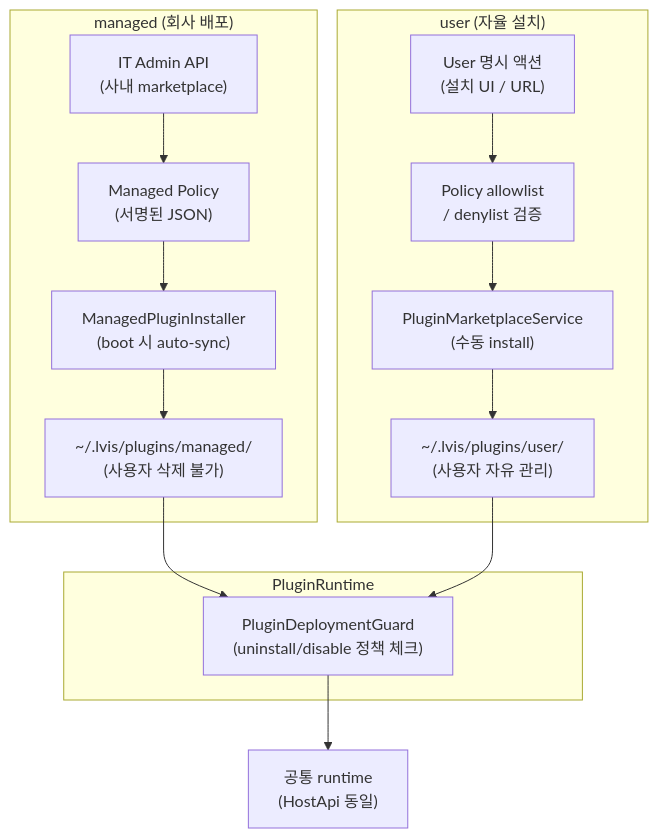
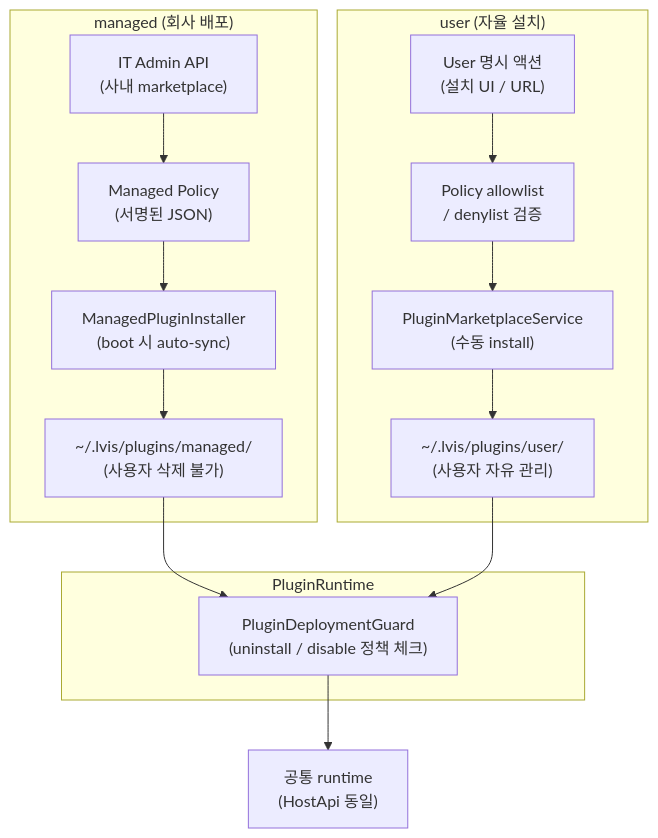
Before and after one commit to lvis-project/lvis-app: diagram 33 of 44 in docs/architecture/architecture.md, drawn with Mermaid. The commit also changed other lines of this file and 10 other files, not shown here.

````diff
--- a/docs/architecture/architecture.md
+++ b/docs/architecture/architecture.md
@@ -2024,26 +2068,26 @@
 ```mermaid
 graph TB
     subgraph "managed (회사 배포)"
         M1["IT Admin API<br/>(사내 marketplace)"]
         M2["Managed Policy<br/>(서명된 JSON)"]
         M3["ManagedPluginInstaller<br/>(boot 시 auto-sync)"]
         M4["~/.lvis/plugins/managed/<br/>(사용자 삭제 불가)"]
         M1 --> M2 --> M3 --> M4
     end
 
     subgraph "user (자율 설치)"
         U1["User 명시 액션<br/>(설치 UI / URL)"]
         U2["Policy allowlist<br/>/ denylist 검증"]
         U3["PluginMarketplaceService<br/>(수동 install)"]
         U4["~/.lvis/plugins/user/<br/>(사용자 자유 관리)"]
         U1 --> U2 --> U3 --> U4
     end
 
     subgraph "PluginRuntime"
-        GUARD["PluginDeploymentGuard<br/>(uninstall/disable 정책 체크)"]
+        GUARD["PluginDeploymentGuard<br/>(uninstall / disable 정책 체크)"]
     end
 
     M4 --> GUARD
     U4 --> GUARD
     GUARD --> RUN["공통 runtime<br/>(HostApi 동일)"]
 ```
````
